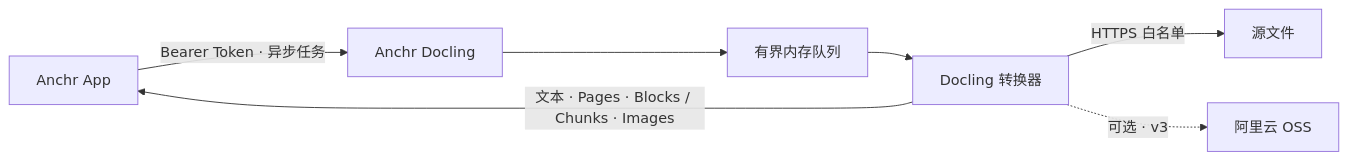
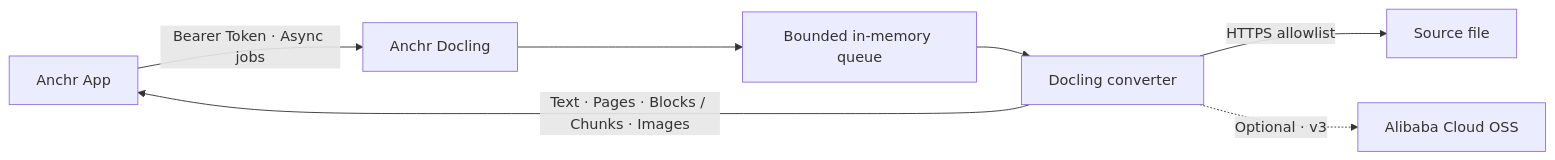
Before and after one commit to ryanmeowy/anchr-docling: the diagram in README.md, drawn with Mermaid. The commit also changed other lines of this file, not shown here.

````diff
--- a/README.md
+++ b/README.md
@@ -22,9 +22,9 @@
 ```mermaid
 flowchart LR
-    APP["Anchr App"] -->|"Bearer Token · 异步任务"| API["Anchr Docling"]
-    API --> QUEUE["有界内存队列"]
-    QUEUE --> PARSER["Docling 转换器"]
-    PARSER -->|"HTTPS 白名单"| SOURCE["源文件"]
-    PARSER -.->|"可选 · v3"| OSS["阿里云 OSS"]
-    PARSER -->|"文本 · Pages · Blocks / Chunks · Images"| APP
+    APP["Anchr App"] -->|"Bearer Token · Async jobs"| API["Anchr Docling"]
+    API --> QUEUE["Bounded in-memory queue"]
+    QUEUE --> PARSER["Docling converter"]
+    PARSER -->|"HTTPS allowlist"| SOURCE["Source file"]
+    PARSER -.->|"Optional · v3"| OSS["Alibaba Cloud OSS"]
+    PARSER -->|"Text · Pages · Blocks / Chunks · Images"| APP
 ```
````
